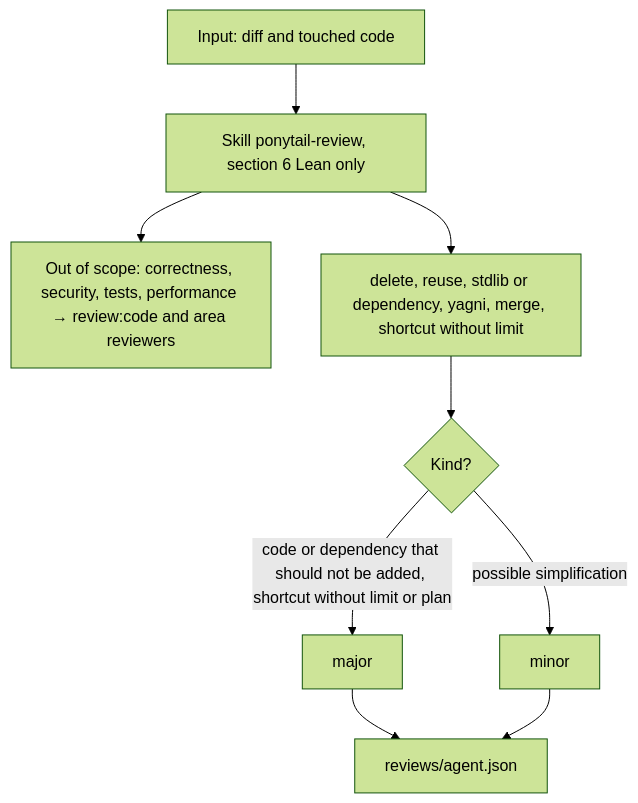
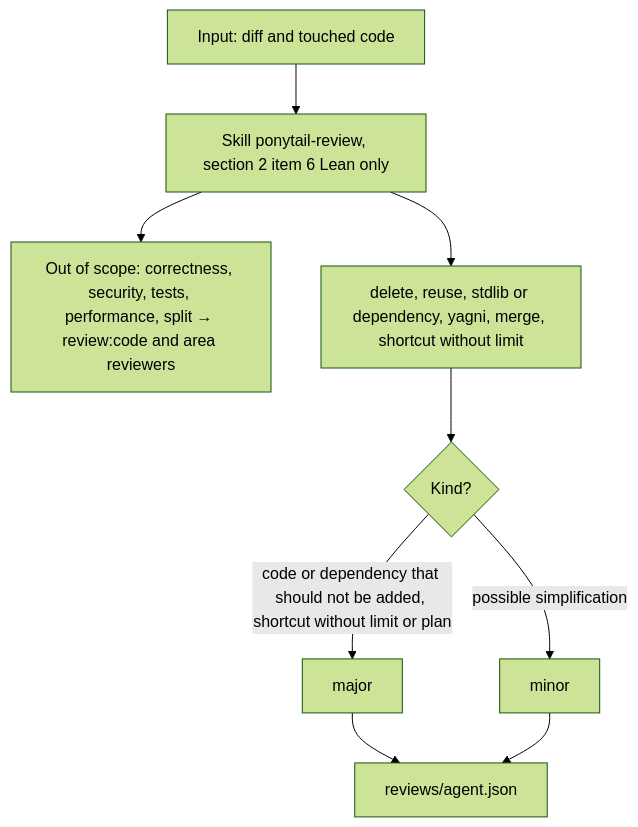
Before and after one commit to nicolasmondain/adorno: the eighth of 11 diagrams in src/agents/review/SCHEMA.md, drawn with Mermaid (forest theme). The commit also changed other lines of this file and 6 other files, not shown here.

First line of the commit message:
refactor(review): point review:ponytail at the skill's real Lean item

````diff
--- a/src/agents/review/SCHEMA.md
+++ b/src/agents/review/SCHEMA.md
@@ -121,11 +122,11 @@
 ```mermaid
 flowchart TD
-  A["Input: diff and touched code"] --> B["Skill ponytail-review, section 6 Lean only"]
-  B --> O["Out of scope: correctness, security, tests, performance → review:code and area reviewers"]
+  A["Input: diff and touched code"] --> B["Skill ponytail-review, section 2 item 6 Lean only"]
+  B --> O["Out of scope: correctness, security, tests, performance, split → review:code and area reviewers"]
   B --> C["delete, reuse, stdlib or dependency, yagni, merge, shortcut without limit"]
   C --> D{"Kind?"}
   D -->|"code or dependency that should not be added, shortcut without limit or plan"| F["major"]
   D -->|"possible simplification"| G["minor"]
   F --> H["reviews/agent.json"]
   G --> H
 ```
````
